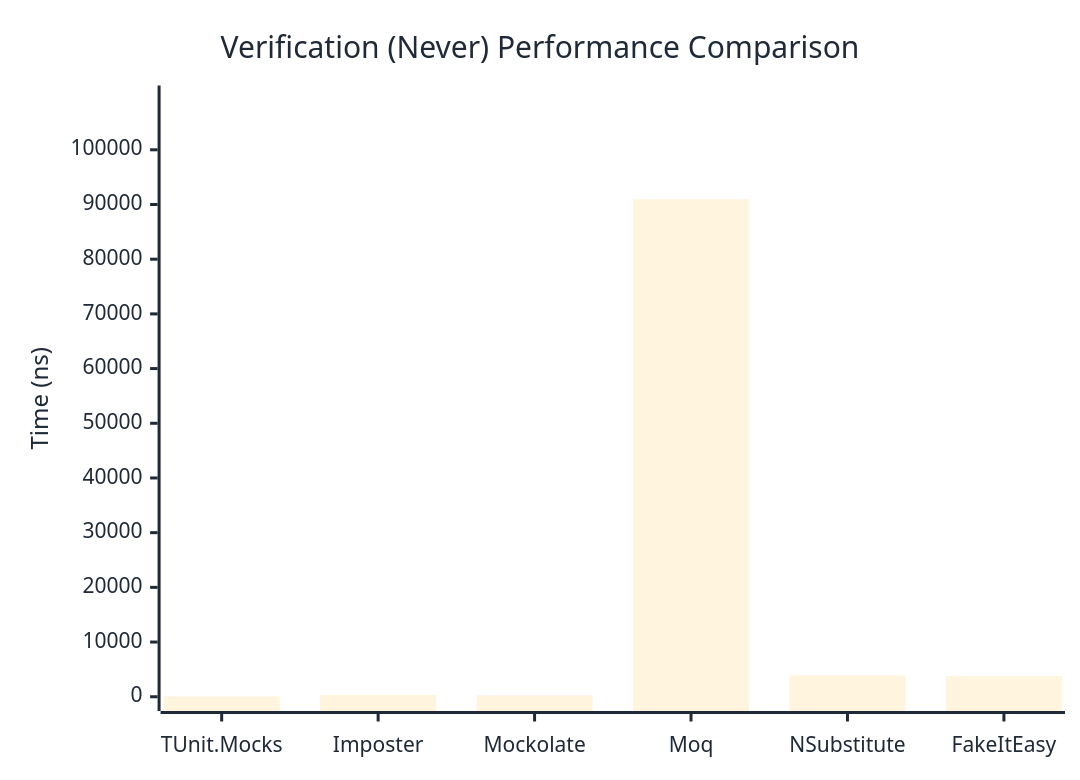
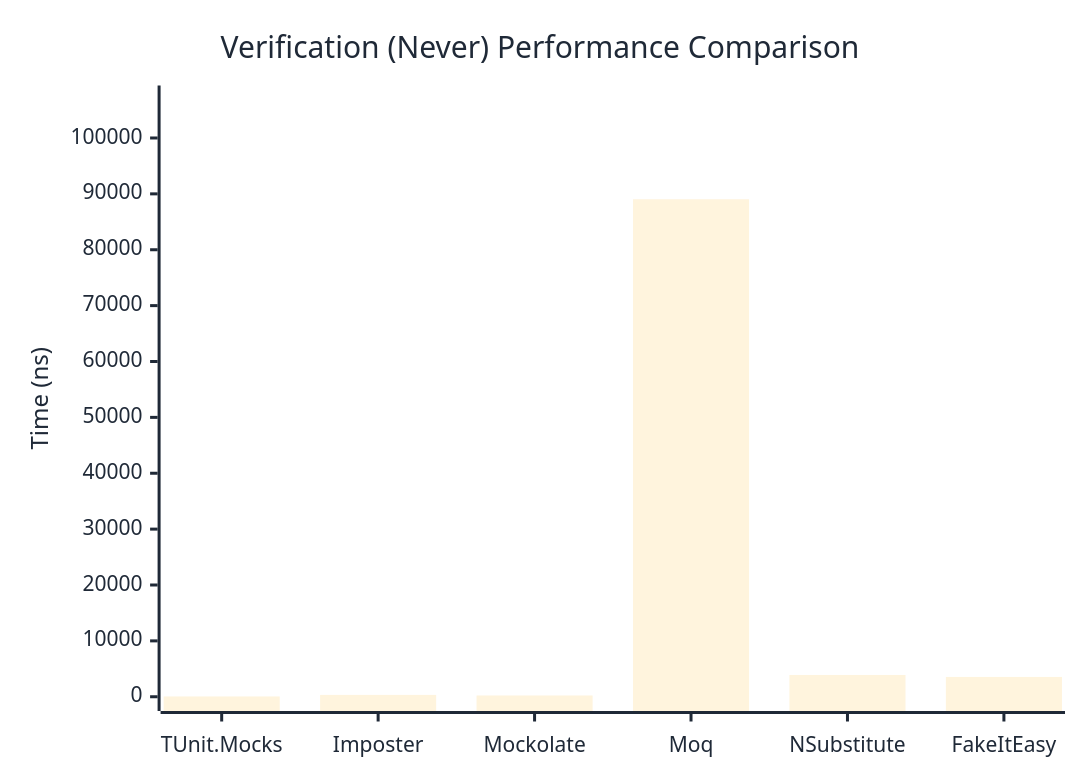
The second of 3 diagrams in docs/docs/benchmarks/mocks/Verification.md (thomhurst/TUnit), drawn with Mermaid before and after one commit. The commit also changed other lines of this file and 14 other files, not shown here.

````diff
--- a/docs/docs/benchmarks/mocks/Verification.md
+++ b/docs/docs/benchmarks/mocks/Verification.md
@@ -71,27 +71,27 @@
 ```mermaid
 %%{init: {
   'theme':'base',
   'themeVariables': {
     'primaryColor': '#2563eb',
     'primaryTextColor': '#1f2937',
     'primaryBorderColor': '#1e40af',
     'lineColor': '#6b7280',
     'secondaryColor': '#7c3aed',
     'tertiaryColor': '#dc2626',
     'background': '#ffffff',
     'pie1': '#2563eb',
     'pie2': '#7c3aed',
     'pie3': '#dc2626',
     'pie4': '#f59e0b',
     'pie5': '#10b981',
     'pie6': '#06b6d4',
     'pie7': '#ec4899',
     'pie8': '#6366f1'
   }
 }}%%
 xychart-beta
   title "Verification (Never) Performance Comparison"
   x-axis ["TUnit.Mocks", "Imposter", "Mockolate", "Moq", "NSubstitute", "FakeItEasy"]
-  y-axis "Time (ns)" 0 --> 109150
-  bar [54.15, 340.61, 250.13, 90957.94, 3897.18, 3769.08]
+  y-axis "Time (ns)" 0 --> 106844
+  bar [52.01, 329.03, 226.83, 89036.49, 3898.84, 3545.79]
 ```
````
